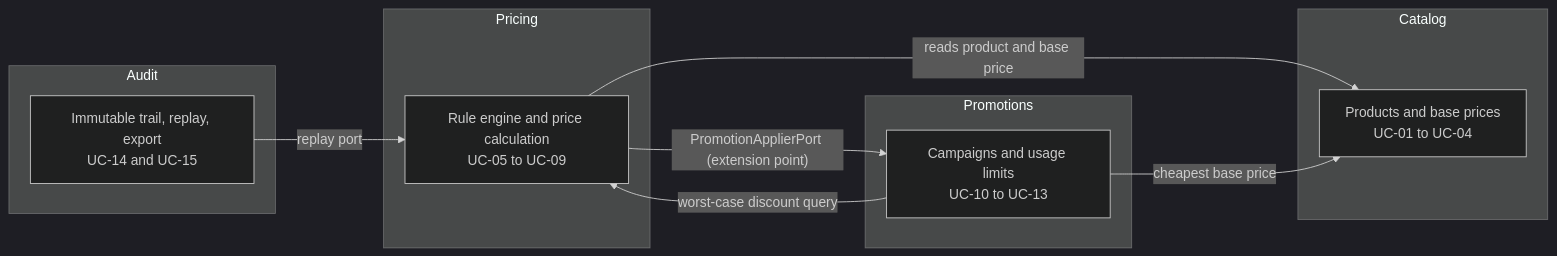
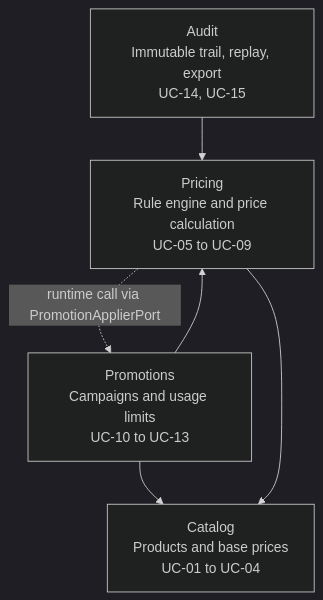
Before and after one commit to saalN/pricing-rules-engine: the first of 3 diagrams in README.md, drawn with Mermaid (dark theme). The commit also changed other lines of this file, not shown here.

Commit message:
docs: make the bounded-context diagram easier to read
Lay it out top-down and draw only code dependencies, with the one runtime call
(Pricing to Promotions through PromotionApplierPort) as a dotted arrow and a short
legend, instead of a left-to-right graph with arrows in both directions that GitHub
shrank until the labels were hard to read.

State the dependency rule as a fact about the repository rather than citing a check
that readers cannot run.

````diff
--- a/README.md
+++ b/README.md
@@ -48,20 +48,12 @@
 ```mermaid
-flowchart LR
-    subgraph Catalog
-        C["Products and base prices<br/>UC-01 to UC-04"]
-    end
-    subgraph Pricing
-        P["Rule engine and price calculation<br/>UC-05 to UC-09"]
-    end
-    subgraph Promotions
-        M["Campaigns and usage limits<br/>UC-10 to UC-13"]
-    end
-    subgraph Audit
-        A["Immutable trail, replay, export<br/>UC-14 and UC-15"]
-    end
-    P -->|reads product and base price| C
-    P -->|"PromotionApplierPort (extension point)"| M
-    M -->|worst-case discount query| P
-    M -->|cheapest base price| C
-    A -->|replay port| P
+flowchart TD
+    A["Audit<br/>Immutable trail, replay, export<br/>UC-14, UC-15"]
+    M["Promotions<br/>Campaigns and usage limits<br/>UC-10 to UC-13"]
+    P["Pricing<br/>Rule engine and price calculation<br/>UC-05 to UC-09"]
+    C["Catalog<br/>Products and base prices<br/>UC-01 to UC-04"]
+    A --> P
+    M --> P
+    M --> C
+    P --> C
+    P -. "runtime call via PromotionApplierPort" .-> M
 ```
````
